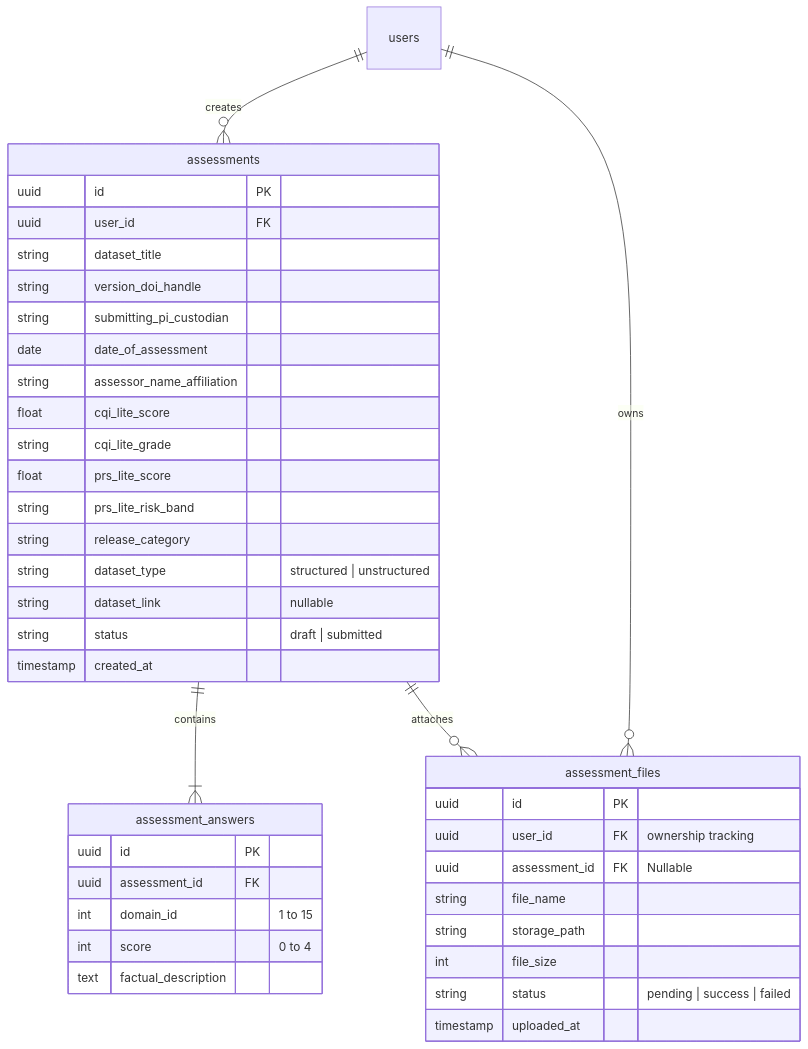
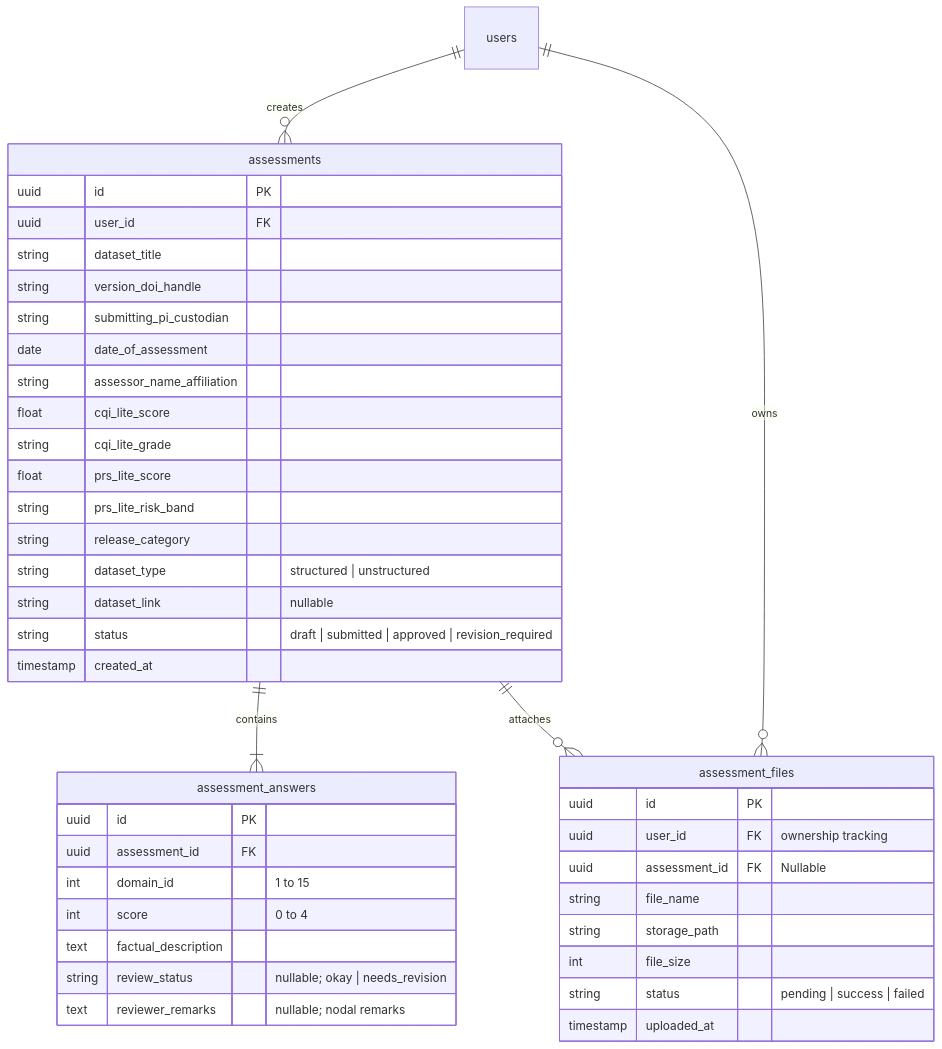
The diagram in PRD.md (RohanxDutta/MIDAS-2.0), drawn with Mermaid before and after one commit. The commit also changed other lines of this file and 1 other file, not shown here.

````diff
--- a/PRD.md
+++ b/PRD.md
@@ -90,45 +92,47 @@
 ```mermaid
 erDiagram
     users ||--o{ assessments : creates
     assessments ||--|{ assessment_answers : contains
     assessments ||--o{ assessment_files : attaches
     users ||--o{ assessment_files : owns
 
     assessments {
         uuid id PK
         uuid user_id FK
         string dataset_title
         string version_doi_handle
         string submitting_pi_custodian
         date date_of_assessment
         string assessor_name_affiliation
         float cqi_lite_score
         string cqi_lite_grade
         float prs_lite_score
         string prs_lite_risk_band
         string release_category
         string dataset_type "structured | unstructured"
         string dataset_link "nullable"
-        string status "draft | submitted"
+        string status "draft | submitted | approved | revision_required"
         timestamp created_at
     }
 
     assessment_answers {
         uuid id PK
         uuid assessment_id FK
         int domain_id "1 to 15"
         int score "0 to 4"
         text factual_description
+        string review_status "nullable; okay | needs_revision"
+        text reviewer_remarks "nullable; nodal remarks"
     }
 
     assessment_files {
         uuid id PK
         uuid user_id FK "ownership tracking"
         uuid assessment_id FK "Nullable"
         string file_name
         string storage_path
         int file_size
         string status "pending | success | failed"
         timestamp uploaded_at
     }
 ```
````
